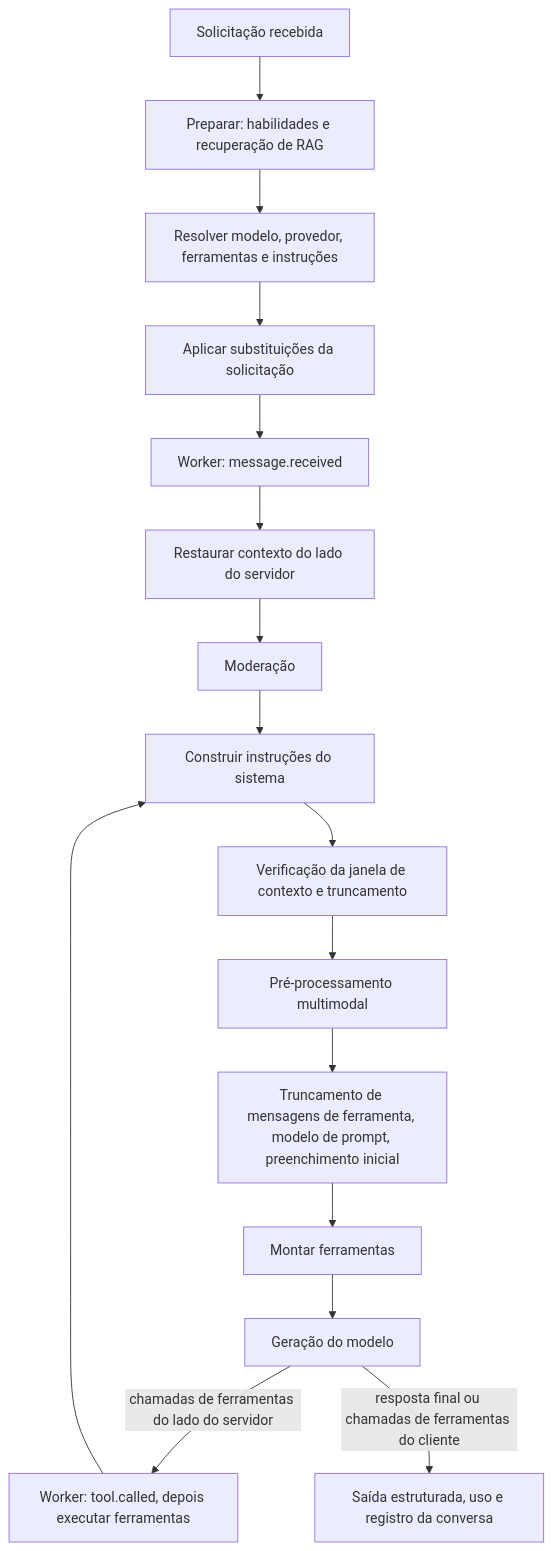
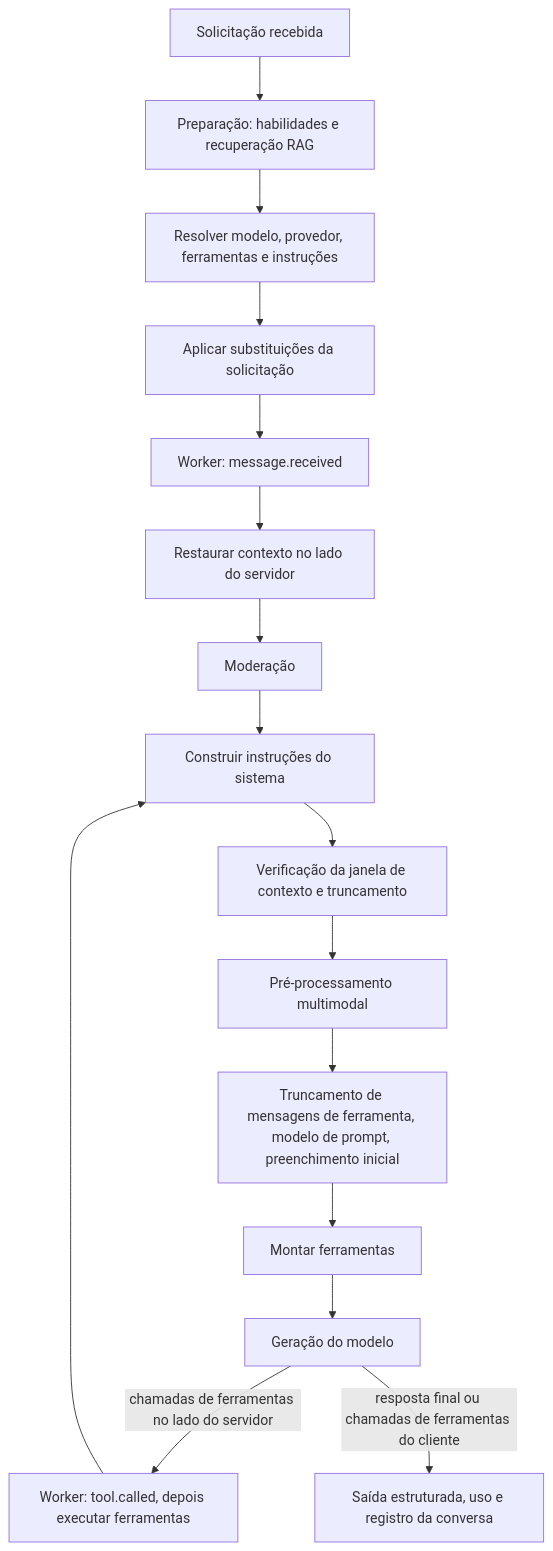
Before and after one commit to aivaxlabs/docs: the diagram in content/pt-br/docs/inference/chat-completions/processing-pipeline.md, drawn with Mermaid. The commit also changed other lines of this file and 260 other files, not shown here.

````diff
--- a/content/pt-br/docs/inference/chat-completions/processing-pipeline.md
+++ b/content/pt-br/docs/inference/chat-completions/processing-pipeline.md
@@ -13,18 +13,18 @@
 ```mermaid
 flowchart TD
-    A[Solicitação recebida] --> B[Preparar: habilidades e recuperação de RAG]
+    A[Solicitação recebida] --> B[Preparação: habilidades e recuperação RAG]
     B --> C[Resolver modelo, provedor, ferramentas e instruções]
     C --> D[Aplicar substituições da solicitação]
     D --> E[Worker: message.received]
-    E --> F[Restaurar contexto do lado do servidor]
+    E --> F[Restaurar contexto no lado do servidor]
     F --> G[Moderação]
     G --> H[Construir instruções do sistema]
     H --> I[Verificação da janela de contexto e truncamento]
     I --> J[Pré-processamento multimodal]
     J --> K[Truncamento de mensagens de ferramenta, modelo de prompt, preenchimento inicial]
     K --> L[Montar ferramentas]
     L --> M[Geração do modelo]
-    M -->|chamadas de ferramentas do lado do servidor| N[Worker: tool.called, depois executar ferramentas]
+    M -->|chamadas de ferramentas no lado do servidor| N[Worker: tool.called, depois executar ferramentas]
     N --> H
     M -->|resposta final ou chamadas de ferramentas do cliente| O[Saída estruturada, uso e registro da conversa]
 ```
````
